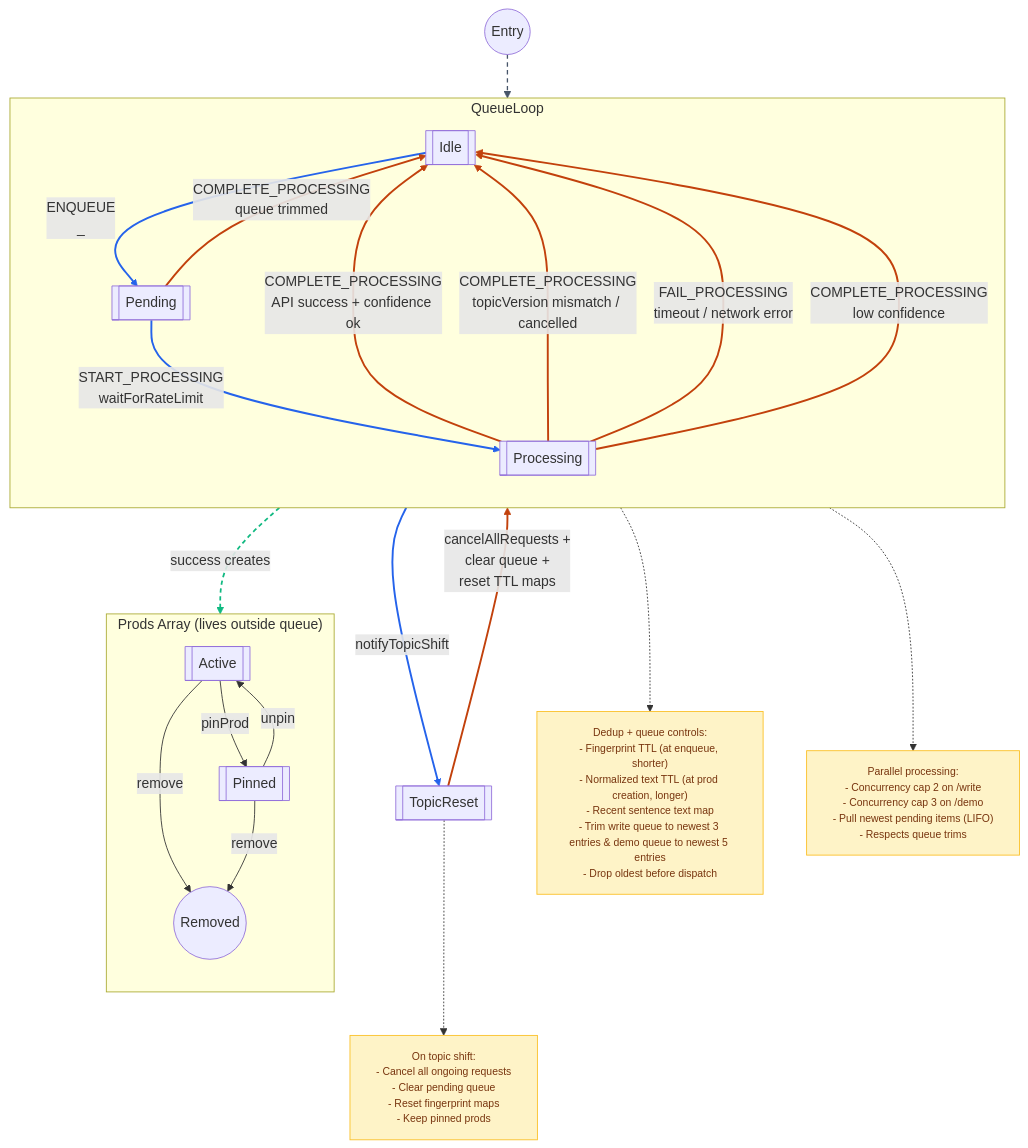
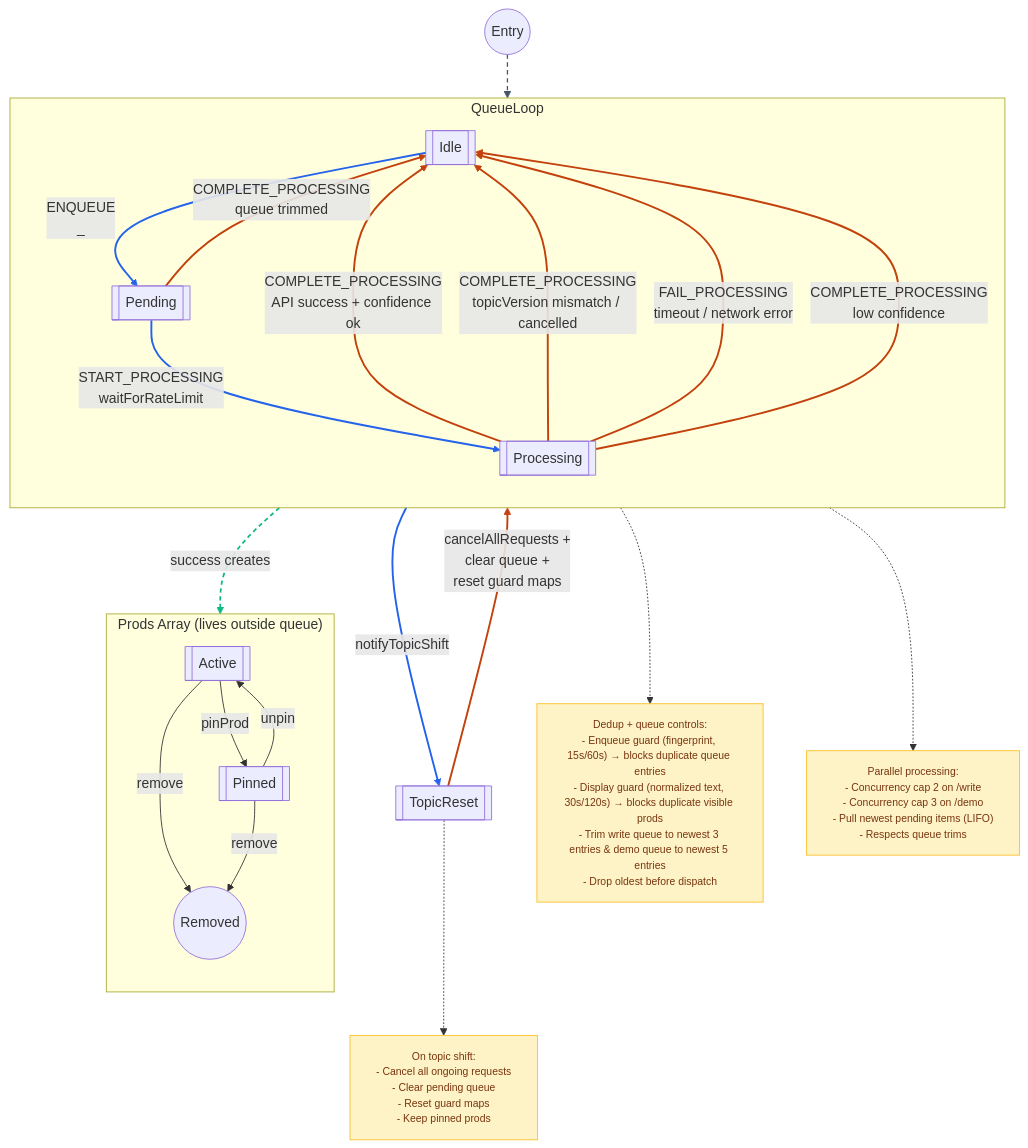
Before and after one commit to andreicstoica/refract: the diagram in docs/diagrams/prod-queue.mmd, drawn with Mermaid. The commit also changed 6 other files, not shown here.

```diff
--- a/docs/diagrams/prod-queue.mmd
+++ b/docs/diagrams/prod-queue.mmd
@@ -1,51 +1,51 @@
 flowchart TB
   classDef note fill:#fef3c7,color:#78350f,stroke:#fbbf24,font-size:12px;
 
   subgraph QueueLoop [QueueLoop]
     direction TB
     Idle[[Idle]]
     Pending[[Pending]]
     Processing[[Processing]]
   end
 
   TopicReset[[TopicReset]]
 
   Entry((Entry)) --> Idle
   Idle -->|ENQUEUE<br>_| Pending
   Pending -->|COMPLETE_PROCESSING<br>queue trimmed| Idle
   Pending -->|START_PROCESSING<br>waitForRateLimit| Processing
   Processing -->|COMPLETE_PROCESSING<br>API success + confidence ok| Idle
   Processing -->|COMPLETE_PROCESSING<br>topicVersion mismatch / cancelled| Idle
   Processing -->|FAIL_PROCESSING<br>timeout / network error| Idle
   Processing -->|COMPLETE_PROCESSING<br>low confidence| Idle
   Idle -->|notifyTopicShift| TopicReset
-  TopicReset -->|cancelAllRequests +<br>clear queue +<br>reset TTL maps| Idle
+  TopicReset -->|cancelAllRequests +<br>clear queue +<br>reset guard maps| Idle
   Processing -.->|success creates| ProdsActive
 
   linkStyle 0 stroke:#475569,stroke-width:1.5px,stroke-dasharray:5 4;
   linkStyle 1 stroke:#2563eb,stroke-width:2.2px;
   linkStyle 2 stroke:#c2410c,stroke-width:2.2px;
   linkStyle 3 stroke:#2563eb,stroke-width:2.2px;
   linkStyle 4 stroke:#c2410c,stroke-width:2.2px;
   linkStyle 5 stroke:#c2410c,stroke-width:2.2px;
   linkStyle 6 stroke:#c2410c,stroke-width:2.2px;
   linkStyle 7 stroke:#c2410c,stroke-width:2.2px;
   linkStyle 8 stroke:#2563eb,stroke-width:2.2px;
   linkStyle 9 stroke:#c2410c,stroke-width:2.2px;
   linkStyle 10 stroke:#10b981,stroke-width:2px,stroke-dasharray:5 4;
 
-  Pending -.-> PendingNote["Dedup + queue controls:<br>- Fingerprint TTL (at enqueue, shorter)<br>- Normalized text TTL (at prod creation, longer)<br>- Recent sentence text map<br>- Trim write queue to newest 3 entries & demo queue to newest 5 entries<br>- Drop oldest before dispatch"]:::note
+  Pending -.-> PendingNote["Dedup + queue controls:<br>- Enqueue guard (fingerprint, 15s/60s) → blocks duplicate queue entries<br>- Display guard (normalized text, 30s/120s) → blocks duplicate visible prods<br>- Trim write queue to newest 3 entries & demo queue to newest 5 entries<br>- Drop oldest before dispatch"]:::note
   
   Processing -.-> ProcessingNote["Parallel processing:<br>- Concurrency cap 2 on /write<br>- Concurrency cap 3 on /demo<br>- Pull newest pending items (LIFO)<br>- Respects queue trims"]:::note
   
-  TopicReset -.-> TopicNote["On topic shift:<br>- Cancel all ongoing requests<br>- Clear pending queue<br>- Reset fingerprint maps<br>- Keep pinned prods"]:::note
+  TopicReset -.-> TopicNote["On topic shift:<br>- Cancel all ongoing requests<br>- Clear pending queue<br>- Reset guard maps<br>- Keep pinned prods"]:::note
 
   subgraph ProdsArray ["Prods Array (lives outside queue)"]
     direction TB
     ProdsActive[[Active]]
     ProdsPinned[[Pinned]]
     ProdsActive -->|pinProd| ProdsPinned
     ProdsPinned -->|unpin| ProdsActive
     ProdsActive -->|remove| ProdsEnd((Removed))
     ProdsPinned -->|remove| ProdsEnd
   end
```
